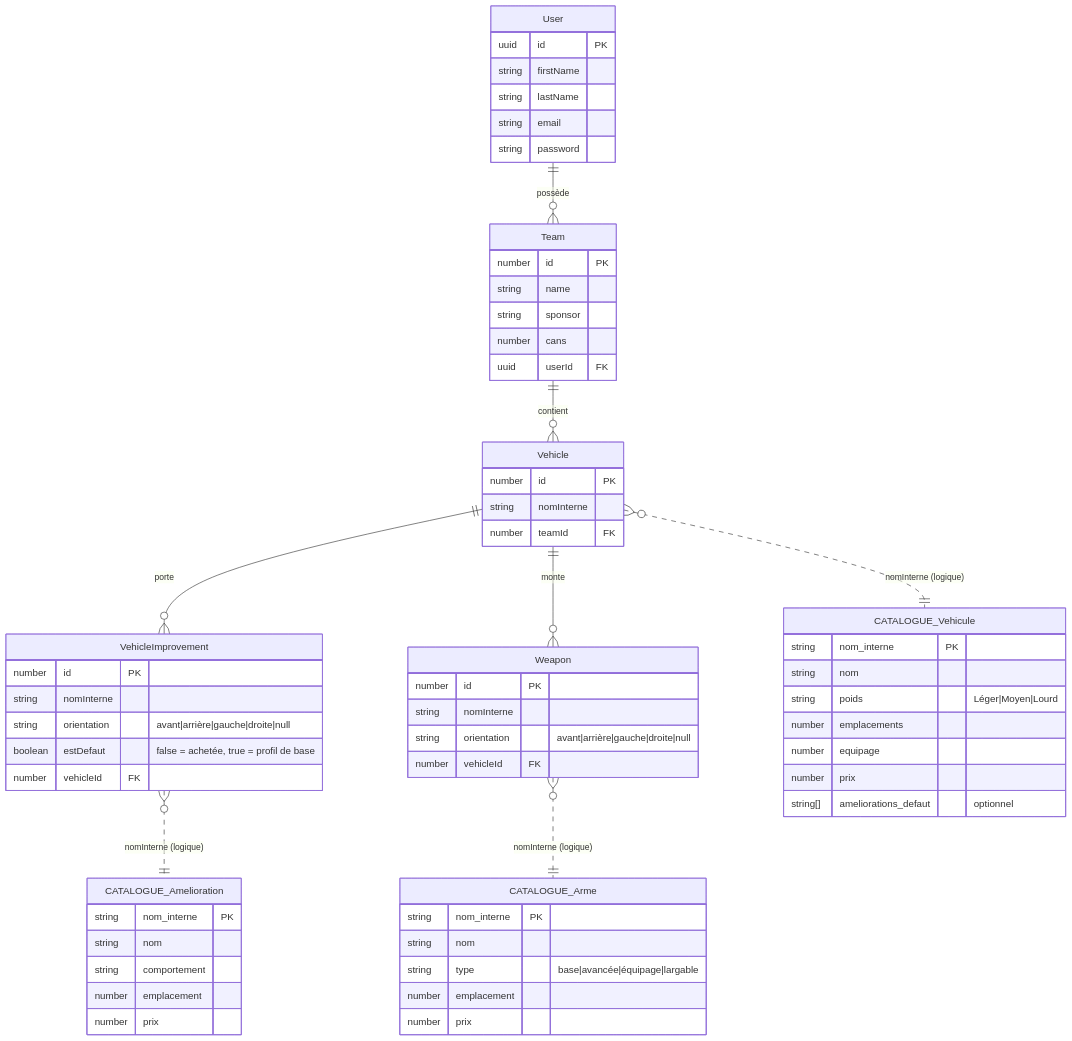
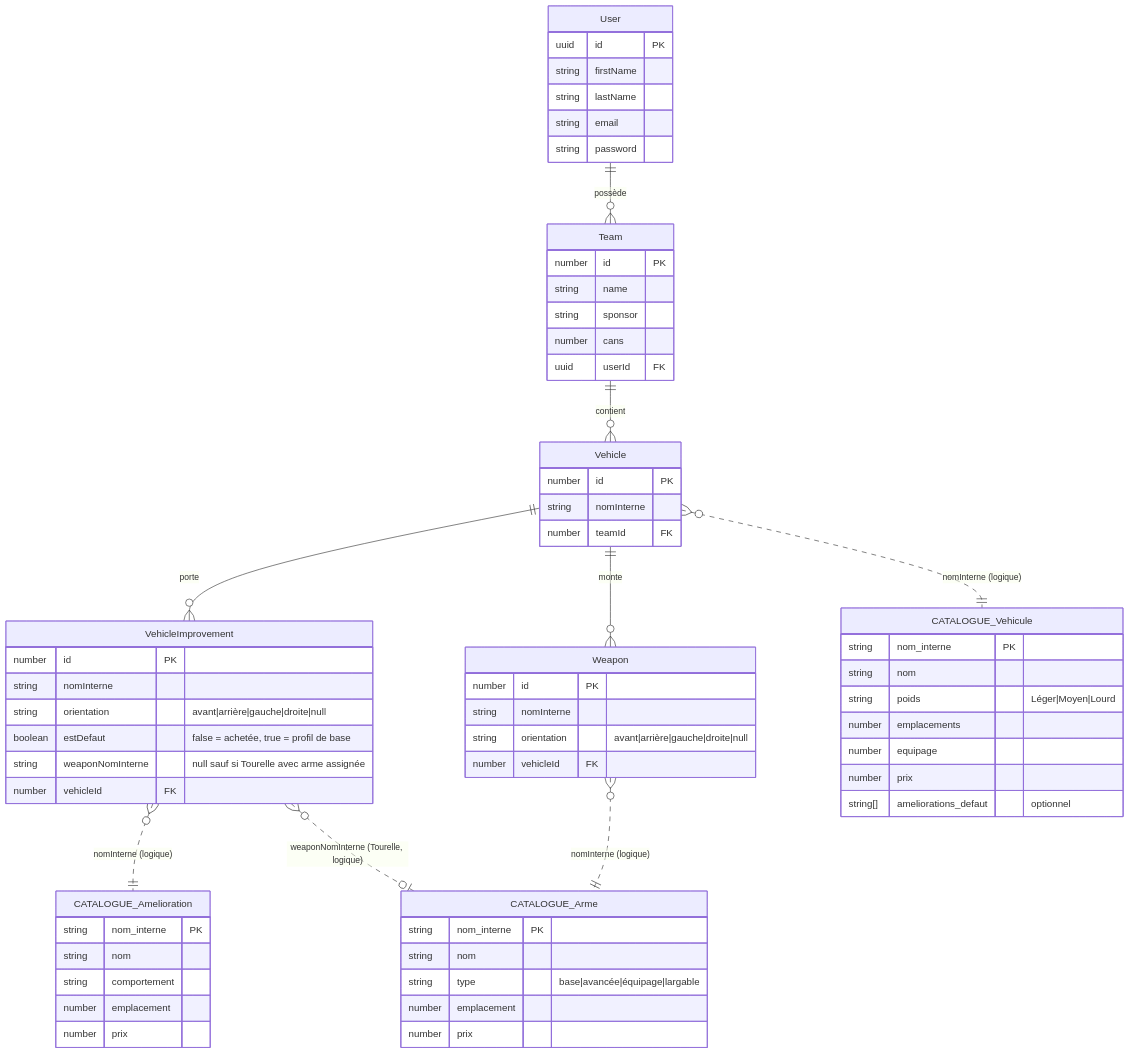
Before and after one commit to arnaudbracchetti/gaslands-manager: the first of 9 diagrams in docs/VEHICLE_SYSTEM.md, drawn with Mermaid. The commit also changed other lines of this file, not shown here.

First line of the commit message:
docs: mettre à jour VEHICLE_SYSTEM.md — mécanique Tourelle

````diff
--- a/docs/VEHICLE_SYSTEM.md
+++ b/docs/VEHICLE_SYSTEM.md
@@ -34,74 +34,76 @@
 ```mermaid
 erDiagram
     User {
         uuid id PK
         string firstName
         string lastName
         string email
         string password
     }
 
     Team {
         number id PK
         string name
         string sponsor
         number cans
         uuid userId FK
     }
 
     Vehicle {
         number id PK
         string nomInterne
         number teamId FK
     }
 
     VehicleImprovement {
         number id PK
         string nomInterne
         string orientation "avant|arrière|gauche|droite|null"
         boolean estDefaut "false = achetée, true = profil de base"
+        string weaponNomInterne "null sauf si Tourelle avec arme assignée"
         number vehicleId FK
     }
 
     Weapon {
         number id PK
         string nomInterne
         string orientation "avant|arrière|gauche|droite|null"
         number vehicleId FK
     }
 
     CATALOGUE_Vehicule {
         string nom_interne PK
         string nom
         string poids "Léger|Moyen|Lourd"
         number emplacements
         number equipage
         number prix
         string[] ameliorations_defaut "optionnel"
     }
 
     CATALOGUE_Amelioration {
         string nom_interne PK
         string nom
         string comportement
         number emplacement
         number prix
     }
 
     CATALOGUE_Arme {
         string nom_interne PK
         string nom
         string type "base|avancée|équipage|largable"
         number emplacement
         number prix
     }
 
     User ||--o{ Team : "possède"
     Team ||--o{ Vehicle : "contient"
     Vehicle ||--o{ VehicleImprovement : "porte"
     Vehicle ||--o{ Weapon : "monte"
 
     Vehicle }o..|| CATALOGUE_Vehicule : "nomInterne (logique)"
     VehicleImprovement }o..|| CATALOGUE_Amelioration : "nomInterne (logique)"
+    VehicleImprovement }o..o| CATALOGUE_Arme : "weaponNomInterne (Tourelle, logique)"
     Weapon }o..|| CATALOGUE_Arme : "nomInterne (logique)"
 ```
````
